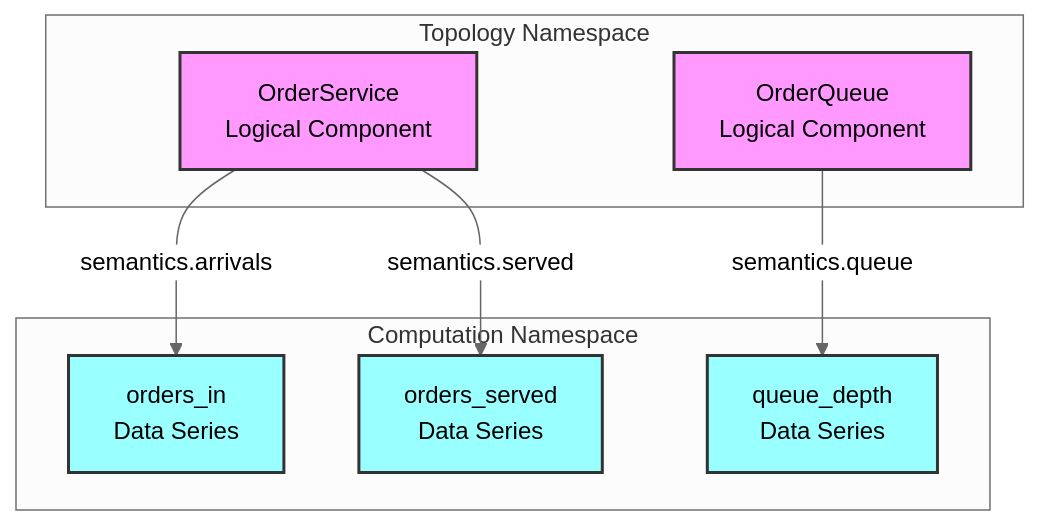
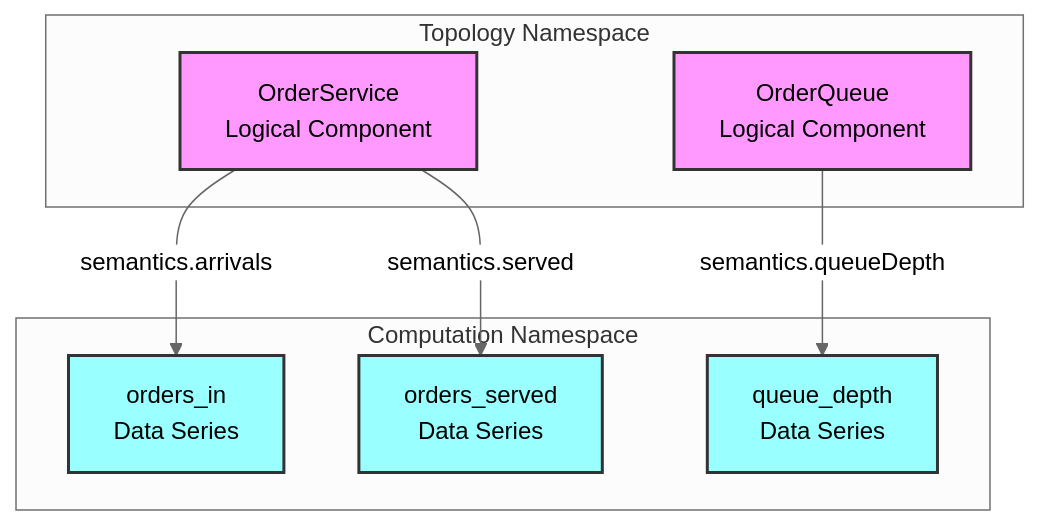
Before and after one commit to 23min/FlowTime: the fourth of 4 diagrams in docs-sim/architecture/flowtime_sim_plan_ch2.md, drawn with Mermaid (neutral theme). The commit also changed other lines of this file and 34 other files, not shown here.

````diff
--- a/docs-sim/architecture/flowtime_sim_plan_ch2.md
+++ b/docs-sim/architecture/flowtime_sim_plan_ch2.md
@@ -374,23 +374,23 @@
 ```mermaid
 graph TB
     subgraph Topology Namespace
         T1[OrderService<br/>Logical Component]
         T2[OrderQueue<br/>Logical Component]
     end
     
     subgraph Computation Namespace
         C1[orders_in<br/>Data Series]
         C2[orders_served<br/>Data Series]
         C3[queue_depth<br/>Data Series]
     end
     
     T1 -->|semantics.arrivals| C1
     T1 -->|semantics.served| C2
-    T2 -->|semantics.queue| C3
+    T2 -->|semantics.queueDepth| C3
     
     style T1 fill:#f9f,stroke:#333,stroke-width:2px
     style T2 fill:#f9f,stroke:#333,stroke-width:2px
     style C1 fill:#9ff,stroke:#333,stroke-width:2px
     style C2 fill:#9ff,stroke:#333,stroke-width:2px
     style C3 fill:#9ff,stroke:#333,stroke-width:2px
 ```
````
